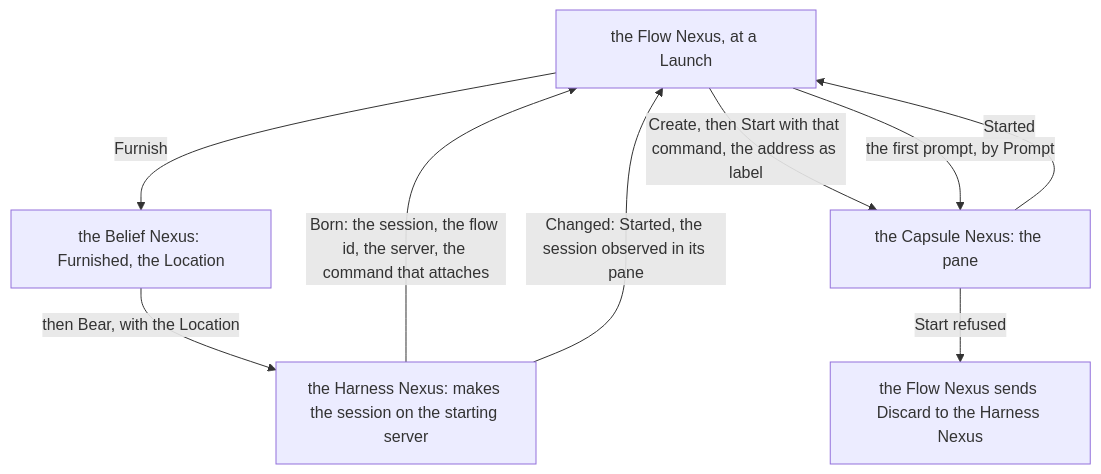
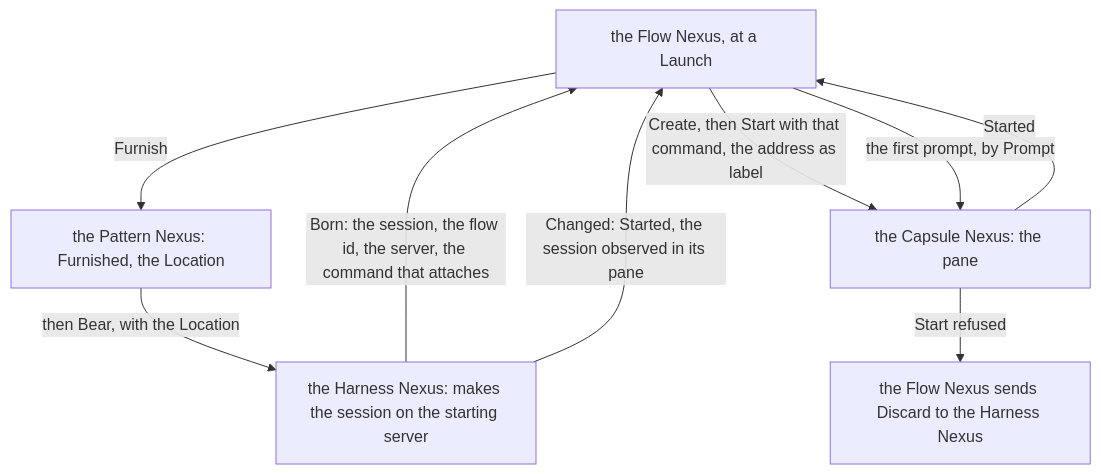
One commit to LiGoldragon/mind-belief changed the third of 7 diagrams in notion/flow-nexus/1.md. Above: the diagram before and after it, drawn with Mermaid. The commit also changed other lines of this file and 4 other files, not shown here.

First line of the commit message:
belief becomes pattern, in prose (the living's word)

````diff
--- a/notion/flow-nexus/1.md
+++ b/notion/flow-nexus/1.md
@@ -66,11 +66,11 @@
 ```mermaid
 flowchart TB
-    f["the Flow Nexus, at a Launch"] -- "Furnish" --> b["the Belief Nexus: Furnished, the Location"]
+    f["the Flow Nexus, at a Launch"] -- "Furnish" --> b["the Pattern Nexus: Furnished, the Location"]
     b -- "then Bear, with the Location" --> h["the Harness Nexus: makes the session on the starting server"]
     h -- "Born: the session, the flow id, the server, the command that attaches" --> f
     f -- "Create, then Start with that command, the address as label" --> c["the Capsule Nexus: the pane"]
     c -- "Started" --> f
     h -- "Changed: Started, the session observed in its pane" --> f
     f -- "the first prompt, by Prompt" --> c
     c -- "Start refused" --> d["the Flow Nexus sends Discard to the Harness Nexus"]
 ```
````
